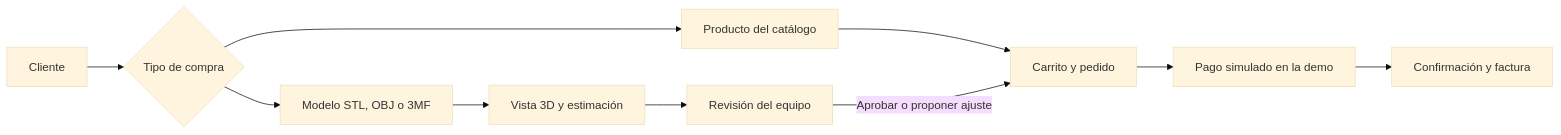
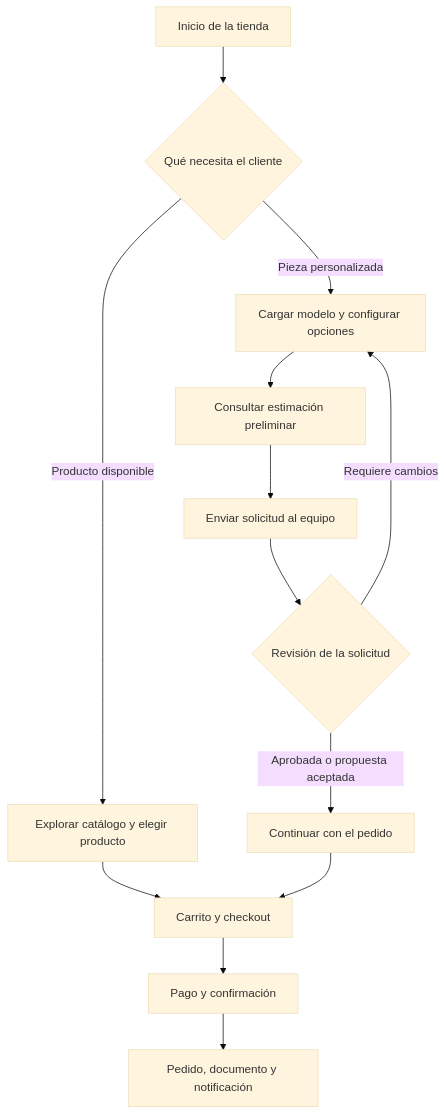
The first of 2 diagrams in README.md (Eliasxgg/caso-ecommerce-3d), drawn with Mermaid (base theme) before and after one commit. The commit also changed other lines of this file and 4 other files, not shown here.

````diff
--- a/README.md
+++ b/README.md
@@ -19,12 +23,15 @@
 ```mermaid
-flowchart LR
-    A[Cliente] --> B{Tipo de compra}
-    B --> C[Producto del catálogo]
-    C --> G[Carrito y pedido]
-    B --> D[Modelo STL, OBJ o 3MF]
-    D --> E[Vista 3D y estimación]
-    E --> F[Revisión del equipo]
-    F -->|Aprobar o proponer ajuste| G
-    G --> H[Pago simulado en la demo]
-    H --> I[Confirmación y factura]
+flowchart TD
+    A[Inicio de la tienda] --> B{Qué necesita el cliente}
+    B -->|Producto disponible| C[Explorar catálogo y elegir producto]
+    B -->|Pieza personalizada| D[Cargar modelo y configurar opciones]
+    D --> E[Consultar estimación preliminar]
+    E --> F[Enviar solicitud al equipo]
+    F --> G{Revisión de la solicitud}
+    G -->|Requiere cambios| D
+    G -->|Aprobada o propuesta aceptada| H[Continuar con el pedido]
+    C --> I[Carrito y checkout]
+    H --> I
+    I --> J[Pago y confirmación]
+    J --> K[Pedido, documento y notificación]
 ```
````
